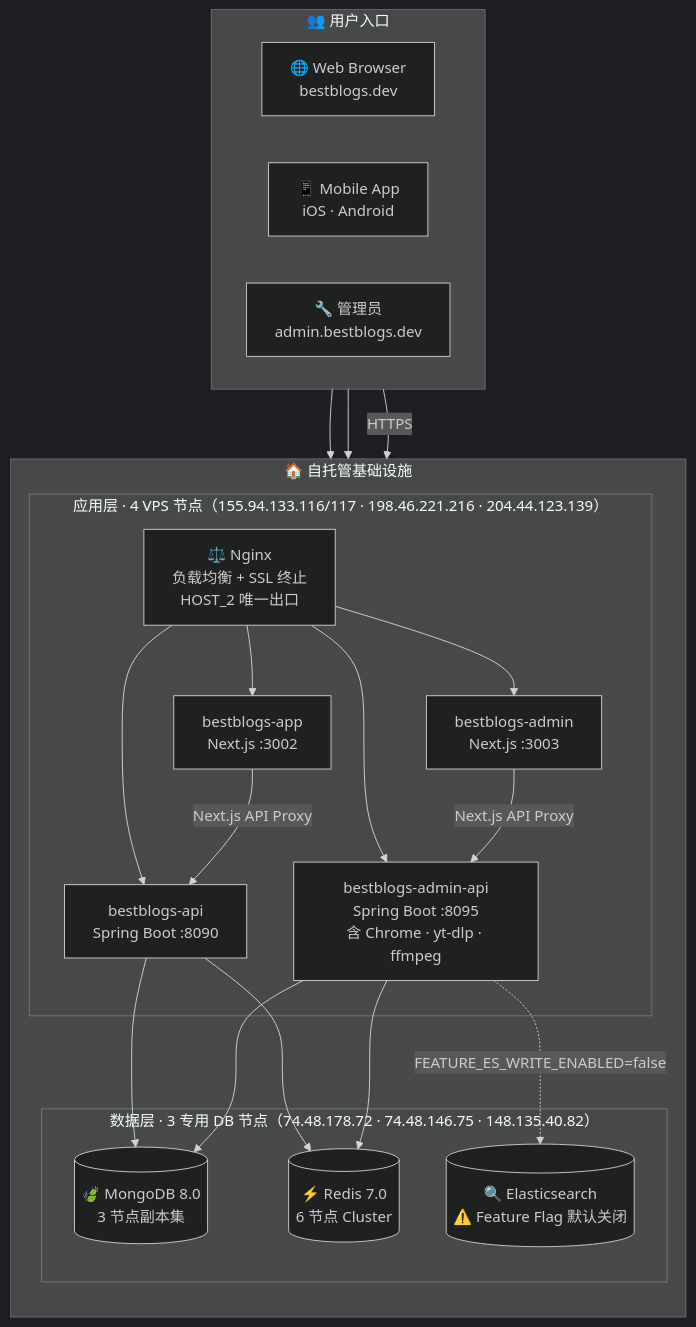
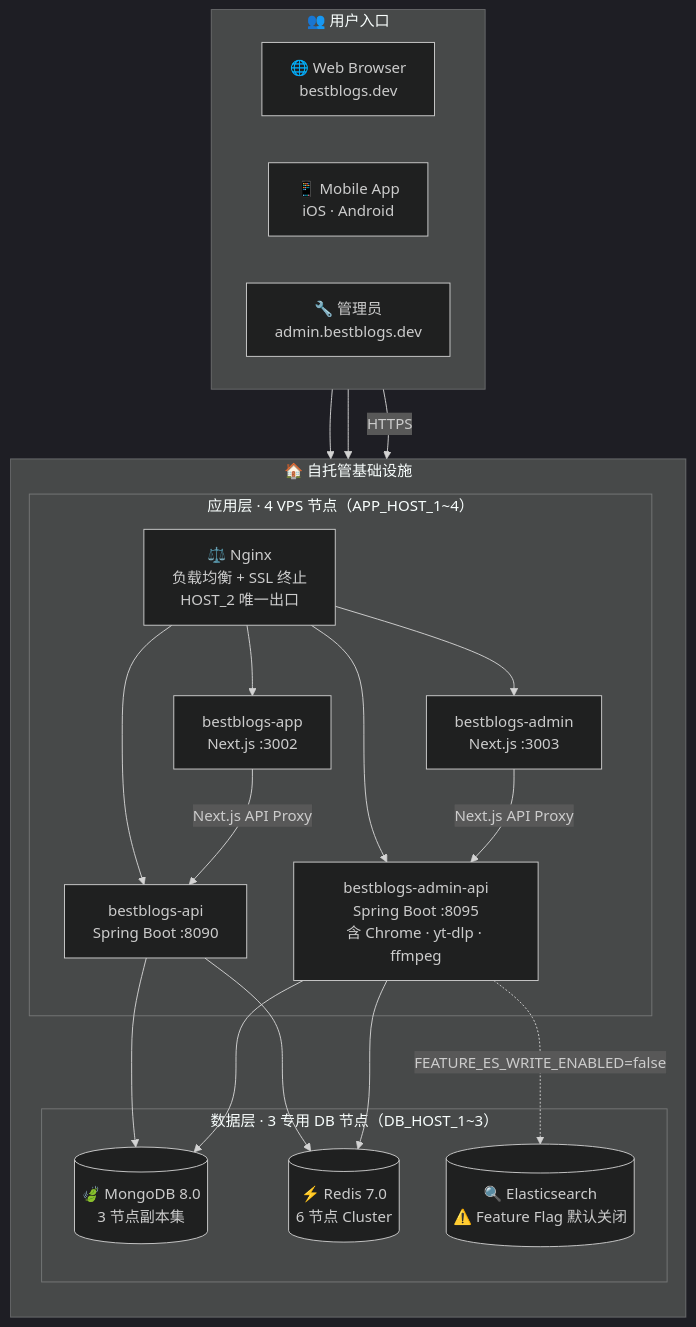
One commit to ginobefun/BestBlogs changed the first of 2 diagrams in docs/13-INFRA-DEPS.md. Above: the diagram before and after it, drawn with Mermaid (dark theme). The commit also changed other lines of this file, not shown here.

````diff
--- a/docs/13-INFRA-DEPS.md
+++ b/docs/13-INFRA-DEPS.md
@@ -13,33 +14,33 @@
 ```mermaid
 graph TB
     subgraph USERS["👥 用户入口"]
         direction LR
         WEB["🌐 Web Browser<br/>bestblogs.dev"]
         MOB["📱 Mobile App<br/>iOS · Android"]
         ADM["🔧 管理员<br/>admin.bestblogs.dev"]
     end
 
     subgraph INFRA["🏠 自托管基础设施"]
         direction TB
-        subgraph APPNODES["应用层 · 4 VPS 节点（155.94.133.116/117 · 198.46.221.216 · 204.44.123.139）"]
+        subgraph APPNODES["应用层 · 4 VPS 节点（APP_HOST_1~4）"]
             NX["⚖️ Nginx<br/>负载均衡 + SSL 终止<br/>HOST_2 唯一出口"]
             BApp["bestblogs-app<br/>Next.js :3002"]
             BAdm["bestblogs-admin<br/>Next.js :3003"]
             BAPI["bestblogs-api<br/>Spring Boot :8090"]
             BAAdm["bestblogs-admin-api<br/>Spring Boot :8095<br/>含 Chrome · yt-dlp · ffmpeg"]
         end
-        subgraph DBNODES["数据层 · 3 专用 DB 节点（74.48.178.72 · 74.48.146.75 · 148.135.40.82）"]
+        subgraph DBNODES["数据层 · 3 专用 DB 节点（DB_HOST_1~3）"]
             MDB[("🍃 MongoDB 8.0<br/>3 节点副本集")]
             RDS[("⚡ Redis 7.0<br/>6 节点 Cluster")]
             ES_[("🔍 Elasticsearch<br/>⚠️ Feature Flag 默认关闭")]
         end
     end
 
     WEB & ADM --> NX
     MOB -->|HTTPS| BAPI
     NX --> BApp & BAdm & BAPI & BAAdm
     BApp -->|Next.js API Proxy| BAPI
     BAdm -->|Next.js API Proxy| BAAdm
     BAPI & BAAdm --> MDB & RDS
     BAAdm -.->|FEATURE_ES_WRITE_ENABLED=false| ES_
 ```
````
